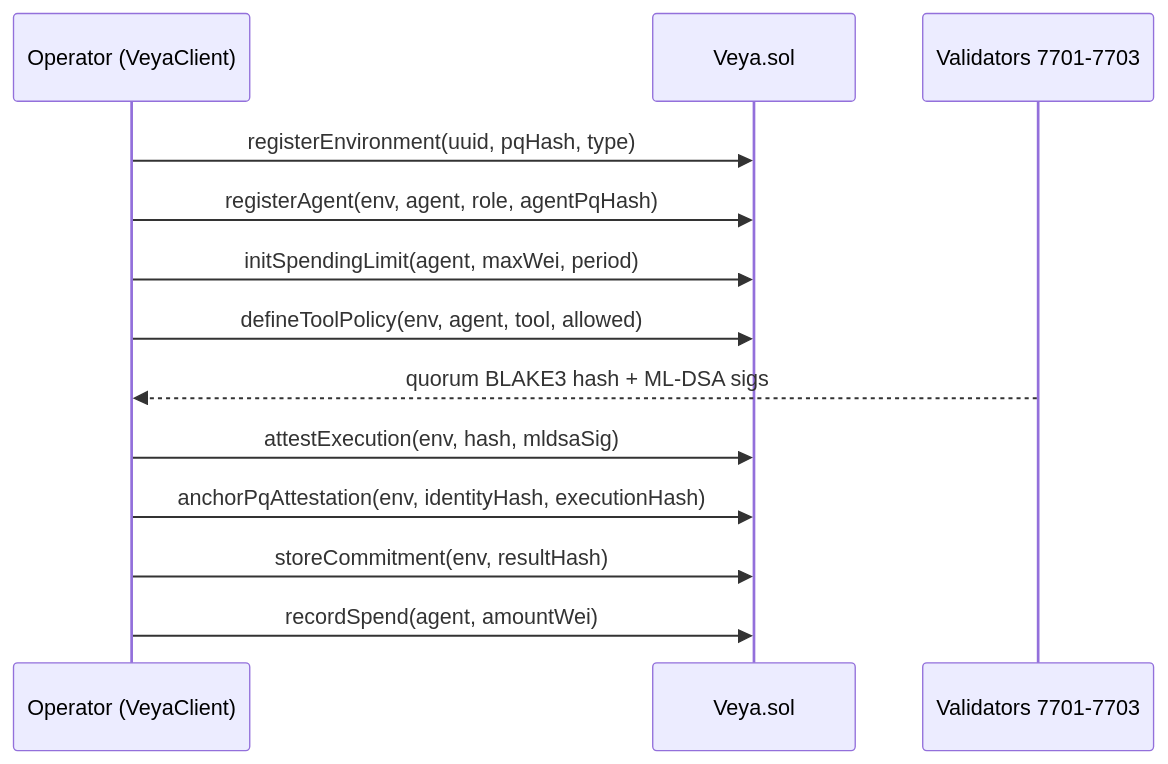
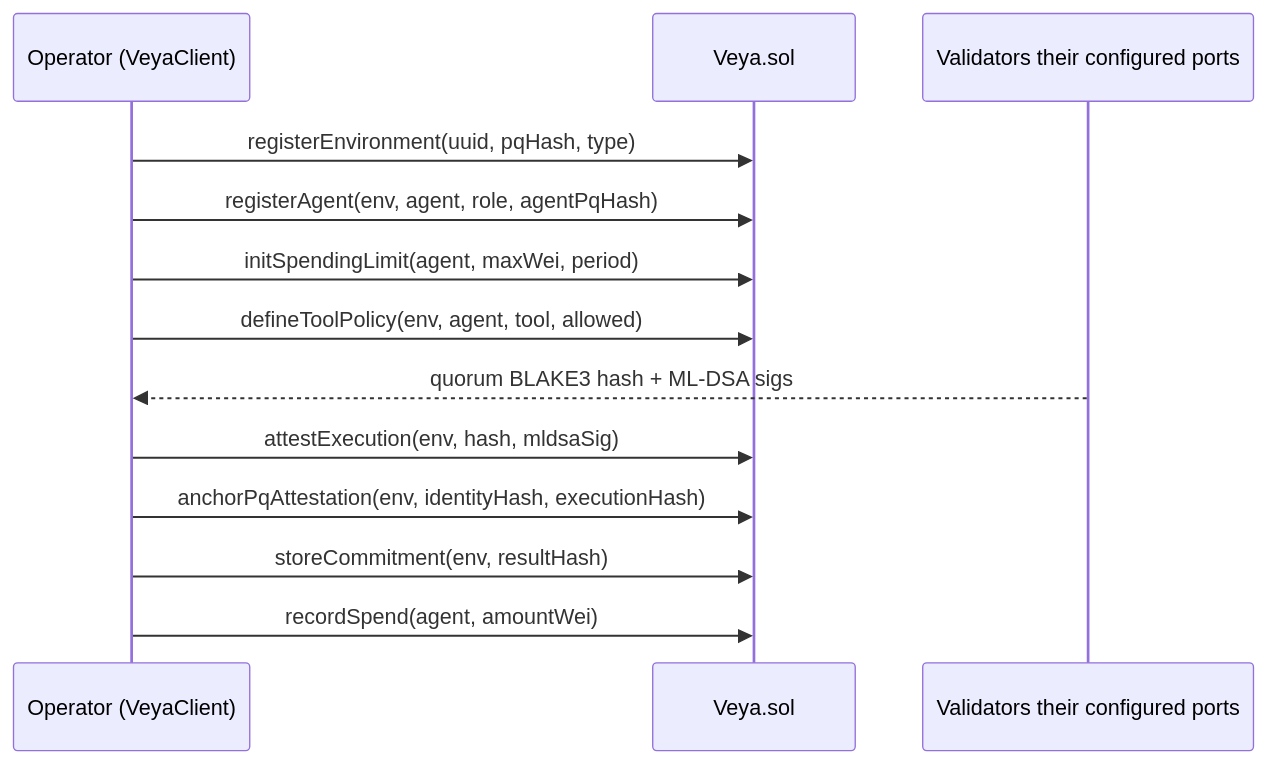
Before and after one commit to veyanet/veya-sdk: the second of 2 diagrams in docs/programs/veya-contract.md, drawn with Mermaid. The commit also changed other lines of this file, not shown here.

````diff
--- a/docs/programs/veya-contract.md
+++ b/docs/programs/veya-contract.md
@@ -123,16 +122,16 @@
 ```mermaid
 sequenceDiagram
     participant Op as Operator (VeyaClient)
     participant C as Veya.sol
-    participant Val as Validators 7701-7703
+    participant Val as Validators their configured ports
 
     Op->>C: registerEnvironment(uuid, pqHash, type)
     Op->>C: registerAgent(env, agent, role, agentPqHash)
     Op->>C: initSpendingLimit(agent, maxWei, period)
     Op->>C: defineToolPolicy(env, agent, tool, allowed)
     Val-->>Op: quorum BLAKE3 hash + ML-DSA sigs
     Op->>C: attestExecution(env, hash, mldsaSig)
     Op->>C: anchorPqAttestation(env, identityHash, executionHash)
     Op->>C: storeCommitment(env, resultHash)
     Op->>C: recordSpend(agent, amountWei)
 ```
````
